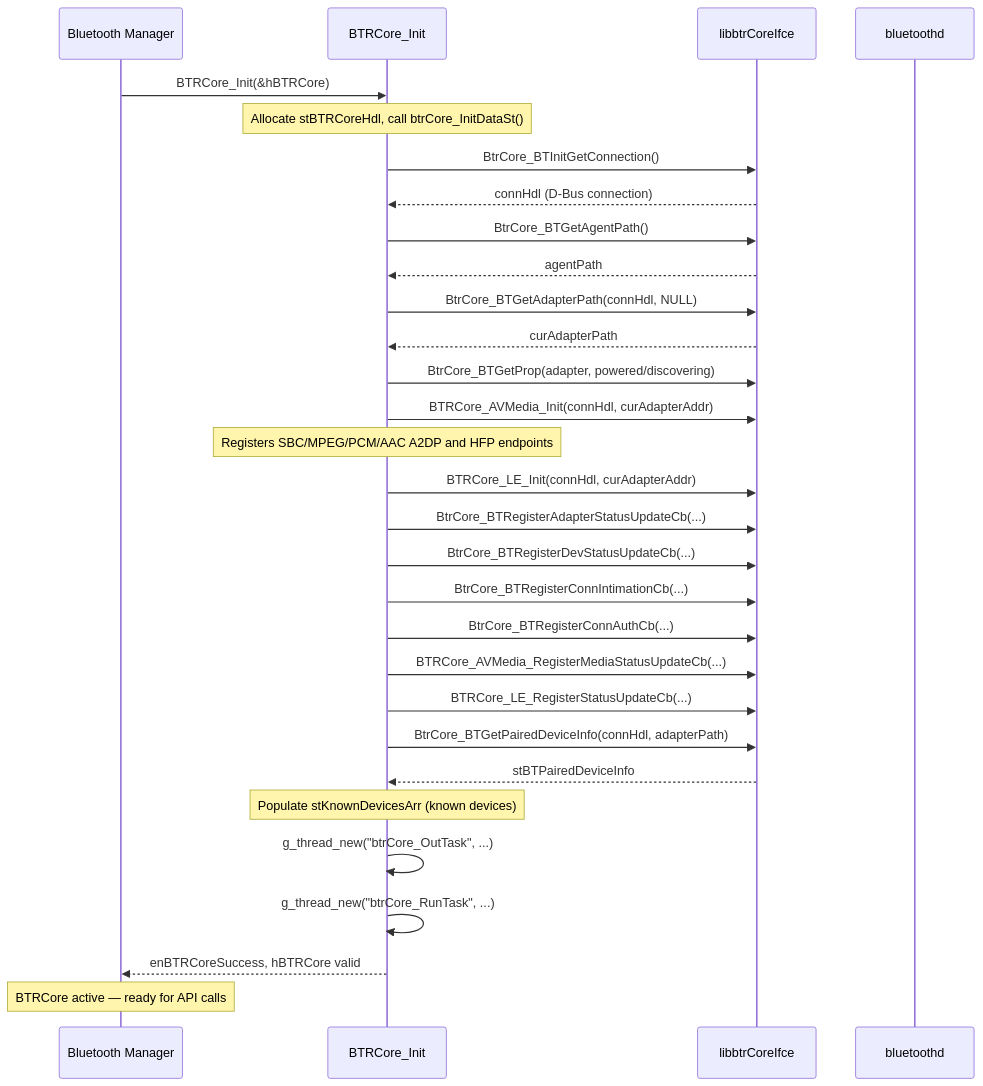
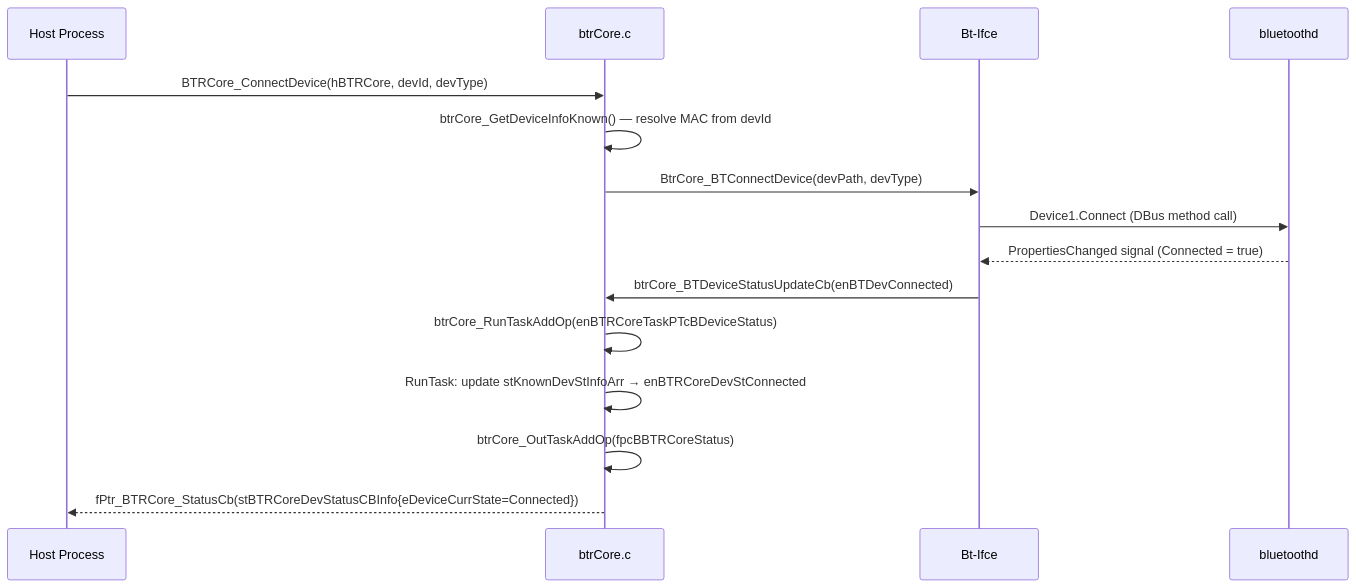
The fifth of 7 diagrams in docs/docu/RDKV-Documentations/bluetooth-core.md (rns21/RDK_Documentation), drawn with Mermaid before and after one commit. The commit also changed other lines of this file, not shown here.

````diff
--- a/docs/docu/RDKV-Documentations/bluetooth-core.md
+++ b/docs/docu/RDKV-Documentations/bluetooth-core.md
@@ -562,33 +217,18 @@
 ```mermaid
 sequenceDiagram
-    participant Caller as Bluetooth Manager
-    participant Init as BTRCore_Init
-    participant DBus as libbtrCoreIfce
+    participant Host as Host Process
+    participant BTRCore as btrCore.c
+    participant BtIfce as Bt-Ifce
     participant BlueZ as bluetoothd
 
-    Caller->>Init: BTRCore_Init(&hBTRCore)
-    Note over Init: Allocate stBTRCoreHdl, call btrCore_InitDataSt()
-    Init->>DBus: BtrCore_BTInitGetConnection()
-    DBus-->>Init: connHdl (D-Bus connection)
-    Init->>DBus: BtrCore_BTGetAgentPath()
-    DBus-->>Init: agentPath
-    Init->>DBus: BtrCore_BTGetAdapterPath(connHdl, NULL)
-    DBus-->>Init: curAdapterPath
-    Init->>DBus: BtrCore_BTGetProp(adapter, powered/discovering)
-    Init->>DBus: BTRCore_AVMedia_Init(connHdl, curAdapterAddr)
-    Note over Init: Registers SBC/MPEG/PCM/AAC A2DP and HFP endpoints
-    Init->>DBus: BTRCore_LE_Init(connHdl, curAdapterAddr)
-    Init->>DBus: BtrCore_BTRegisterAdapterStatusUpdateCb(...)
-    Init->>DBus: BtrCore_BTRegisterDevStatusUpdateCb(...)
-    Init->>DBus: BtrCore_BTRegisterConnIntimationCb(...)
-    Init->>DBus: BtrCore_BTRegisterConnAuthCb(...)
-    Init->>DBus: BTRCore_AVMedia_RegisterMediaStatusUpdateCb(...)
-    Init->>DBus: BTRCore_LE_RegisterStatusUpdateCb(...)
-    Init->>DBus: BtrCore_BTGetPairedDeviceInfo(connHdl, adapterPath)
-    DBus-->>Init: stBTPairedDeviceInfo
-    Note over Init: Populate stKnownDevicesArr (known devices)
-    Init->>Init: g_thread_new("btrCore_OutTask", ...)
-    Init->>Init: g_thread_new("btrCore_RunTask", ...)
-    Init-->>Caller: enBTRCoreSuccess, hBTRCore valid
-    Note over Caller: BTRCore active — ready for API calls
+    Host->>BTRCore: BTRCore_ConnectDevice(hBTRCore, devId, devType)
+    BTRCore->>BTRCore: btrCore_GetDeviceInfoKnown() — resolve MAC from devId
+    BTRCore->>BtIfce: BtrCore_BTConnectDevice(devPath, devType)
+    BtIfce->>BlueZ: Device1.Connect (DBus method call)
+    BlueZ-->>BtIfce: PropertiesChanged signal (Connected = true)
+    BtIfce->>BTRCore: btrCore_BTDeviceStatusUpdateCb(enBTDevConnected)
+    BTRCore->>BTRCore: btrCore_RunTaskAddOp(enBTRCoreTaskPTcBDeviceStatus)
+    BTRCore->>BTRCore: RunTask: update stKnownDevStInfoArr → enBTRCoreDevStConnected
+    BTRCore->>BTRCore: btrCore_OutTaskAddOp(fpcBBTRCoreStatus)
+    BTRCore-->>Host: fPtr_BTRCore_StatusCb(stBTRCoreDevStatusCBInfo{eDeviceCurrState=Connected})
 ```
````
